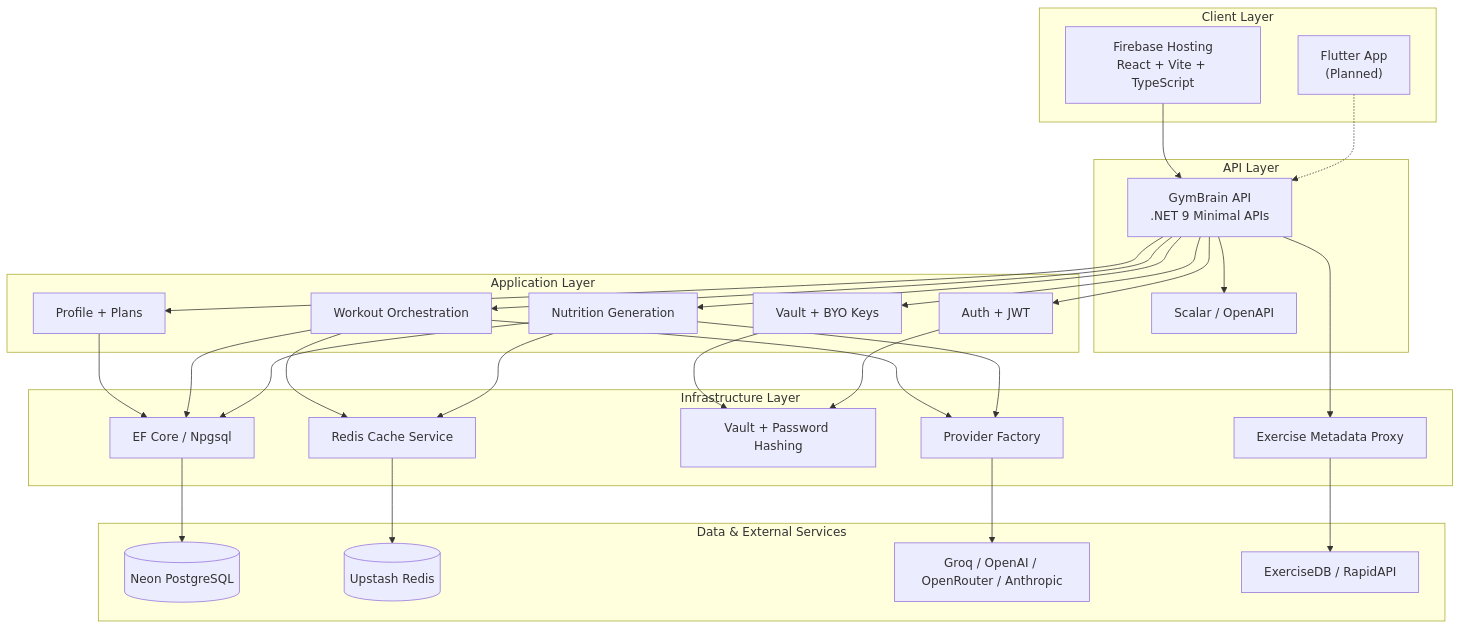
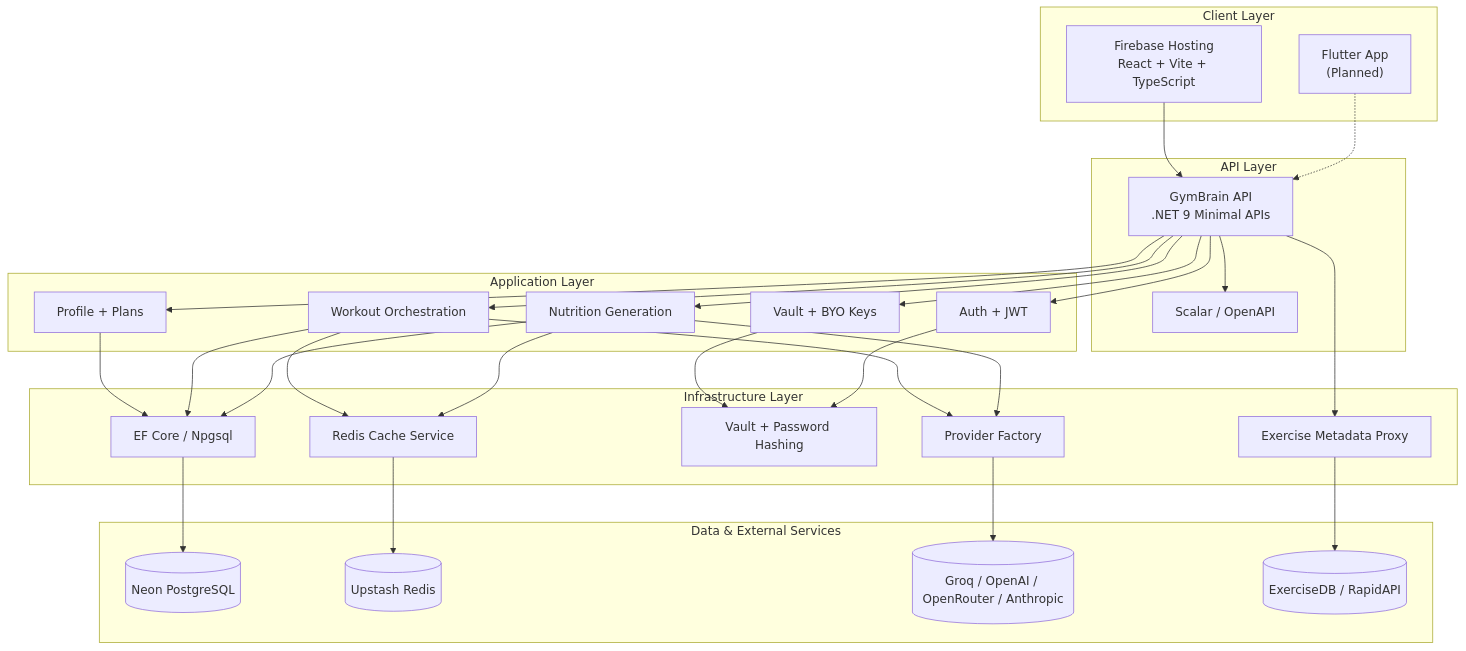
One commit to csa7mdm/GymBrain changed the first of 3 diagrams in README.md. Above: the diagram before and after it, drawn with Mermaid. The commit also changed other lines of this file, not shown here.

Commit message:
docs: update README with latest architectural improvements, Result pattern, caching, vertical slices, testing, CI/CD, IaC, and ADRs

````diff
--- a/README.md
+++ b/README.md
@@ -57,58 +62,58 @@
 ```mermaid
 graph TB
     subgraph "Client Layer"
         WEB["Firebase Hosting<br/>React + Vite + TypeScript"]
         MOBILE["Flutter App<br/>(Planned)"]
     end
 
     subgraph "API Layer"
         API["GymBrain API<br/>.NET 9 Minimal APIs"]
         DOCS["Scalar / OpenAPI"]
     end
 
     subgraph "Application Layer"
         AUTH["Auth + JWT"]
         PROFILE["Profile + Plans"]
         ORCH["Workout Orchestration"]
         NUTR["Nutrition Generation"]
         VAULT["Vault + BYO Keys"]
     end
 
     subgraph "Infrastructure Layer"
         EF["EF Core / Npgsql"]
         CACHE["Redis Cache Service"]
         CRYPTO["Vault + Password Hashing"]
         LLM["Provider Factory"]
         META["Exercise Metadata Proxy"]
     end
 
     subgraph "Data & External Services"
         PG[("Neon PostgreSQL")]
         REDIS[("Upstash Redis")]
-        MODELS["Groq / OpenAI / OpenRouter / Anthropic"]
-        EXDB["ExerciseDB / RapidAPI"]
+        MODELS[("Groq / OpenAI / OpenRouter / Anthropic")]
+        EXDB[("ExerciseDB / RapidAPI")]
     end
 
     WEB --> API
     MOBILE -.-> API
     API --> DOCS
     API --> AUTH
     API --> PROFILE
     API --> ORCH
     API --> NUTR
     API --> VAULT
     ORCH --> LLM
     NUTR --> LLM
     VAULT --> CRYPTO
     AUTH --> CRYPTO
     PROFILE --> EF
     ORCH --> CACHE
     ORCH --> EF
     NUTR --> CACHE
     NUTR --> EF
     META --> EXDB
     API --> META
     EF --> PG
     CACHE --> REDIS
     LLM --> MODELS
 ```
````
